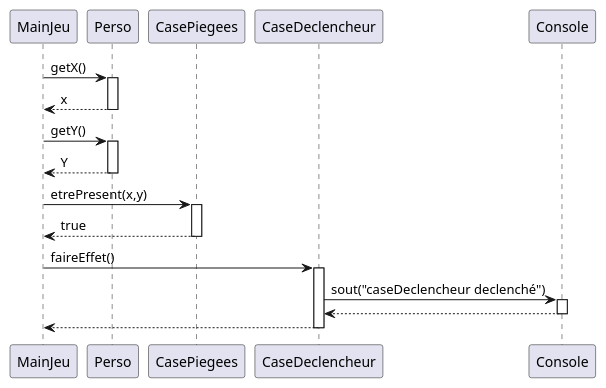
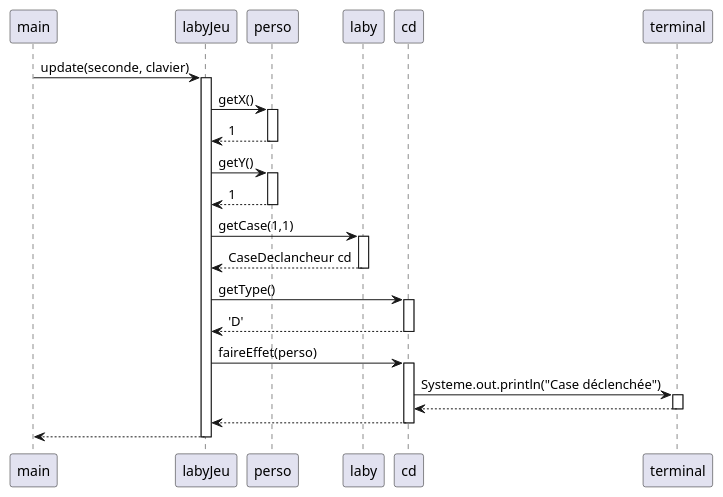
The diagram in zeldiablo/src/Diag_sequ_case_declancheur_OK.puml (Cedran-Bastien/2022_Zeldiablo_Retter_Perez_Hergott_Bastien), drawn with PlantUML before and after one commit. The commit also changed 13 other files, not shown here.

Commit message:
ajout diagrammes sequences

```diff
--- a/zeldiablo/src/Diag_sequ_case_declancheur_OK.puml
+++ b/zeldiablo/src/Diag_sequ_case_declancheur_OK.puml
@@ -1,27 +1,38 @@
 @startuml
 'https://plantuml.com/sequence-diagram
 
-MainJeu -> Perso : getX()
-activate Perso
-Perso --> MainJeu : x
-deactivate Perso
+main -> labyJeu: update(seconde, clavier)
+activate labyJeu
 
-MainJeu -> Perso : getY()
-activate Perso
-Perso --> MainJeu : Y
-deactivate Perso
+labyJeu-> perso : getX()
+activate perso
+perso --> labyJeu : 1
+deactivate perso
 
-MainJeu -> CasePiegees : etrePresent(x,y)
-activate CasePiegees
-CasePiegees --> MainJeu : true
-deactivate CasePiegees
+labyJeu -> perso : getY()
+activate perso
+perso --> labyJeu : 1
+deactivate perso
 
-MainJeu -> CaseDeclencheur : faireEffet()
-activate CaseDeclencheur
-CaseDeclencheur -> Console : sout("caseDeclencheur declenché")
-activate Console
-Console --> CaseDeclencheur
-deactivate Console
-CaseDeclencheur -->MainJeu
-deactivate CaseDeclencheur
+labyJeu -> laby : getCase(1,1)
+activate laby
+laby --> labyJeu :CaseDeclancheur cd
+deactivate laby
+
+labyJeu -> cd : getType()
+activate cd
+cd --> labyJeu : 'D'
+deactivate cd
+
+labyJeu -> cd : faireEffet(perso)
+activate cd
+cd -> terminal : Systeme.out.println("Case déclenchée")
+activate terminal
+terminal --> cd
+deactivate terminal
+cd --> labyJeu
+deactivate cd
+labyJeu --> main
+deactivate labyJeu
+
 @enduml
```
